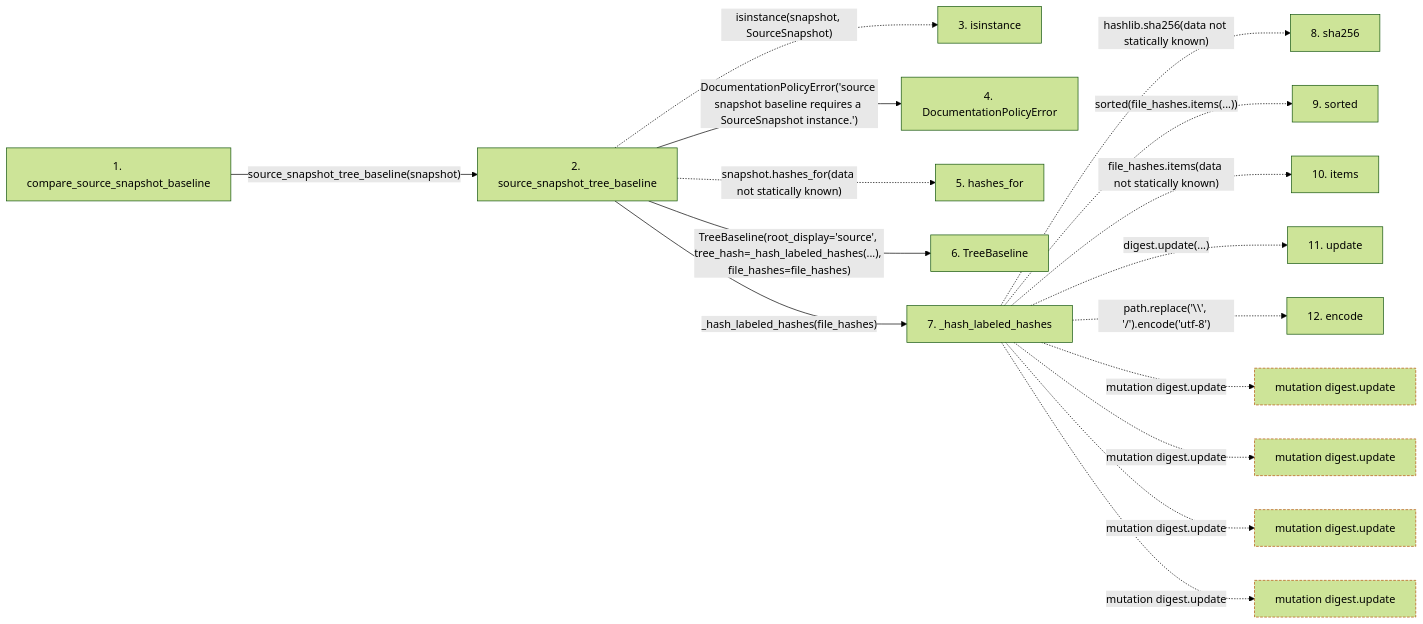
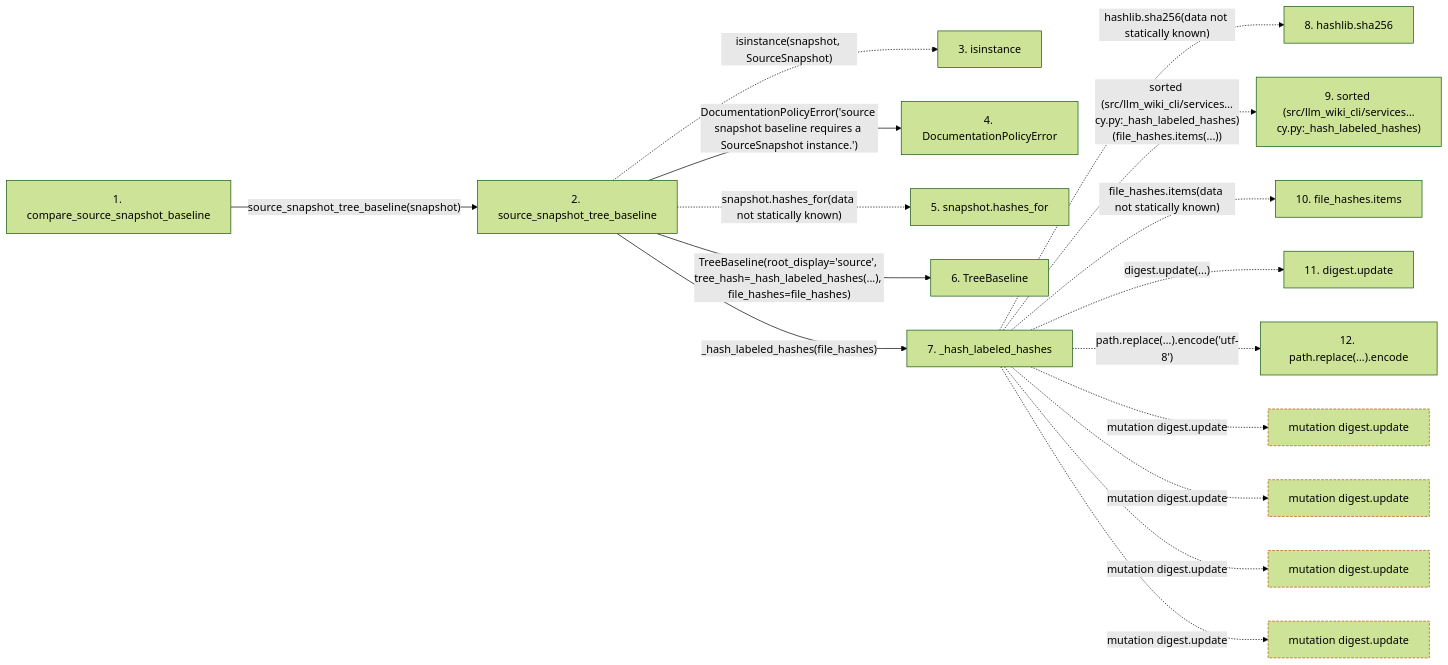
The second of 2 diagrams in docs/llm_wiki/flows/api-compare_source_snapshot_baseline.md (Denissvgn/python-wiki-llm), drawn with Mermaid (forest theme) before and after one commit. The commit also changed other lines of this file and 719 other files, not shown here.

````diff
--- a/docs/llm_wiki/flows/api-compare_source_snapshot_baseline.md
+++ b/docs/llm_wiki/flows/api-compare_source_snapshot_baseline.md
@@ -64,44 +66,44 @@
 ```mermaid
 flowchart LR
     s1["1. compare_source_snapshot_baseline"]
     s2["2. source_snapshot_tree_baseline"]
     s3["3. isinstance"]
     s4["4. DocumentationPolicyError"]
-    s5["5. hashes_for"]
+    s5["5. snapshot.hashes_for"]
     s6["6. TreeBaseline"]
     s7["7. _hash_labeled_hashes"]
-    s8["8. sha256"]
-    s9["9. sorted"]
-    s10["10. items"]
-    s11["11. update"]
-    s12["12. encode"]
+    s8["8. hashlib.sha256"]
+    s9["9. sorted (src/llm_wiki_cli/services…cy.py:_hash_labeled_hashes)"]
+    s10["10. file_hashes.items"]
+    s11["11. digest.update"]
+    s12["12. path.replace(…).encode"]
     s1 -->|"source_snapshot_tree_baseline(snapshot)"| s2
     s2 -. "isinstance(snapshot, SourceSnapshot)" .-> s3
     s2 -->|"DocumentationPolicyError('source snapshot baseline requires a SourceSnapshot instance.')"| s4
     s2 -. "snapshot.hashes_for(data not statically known)" .-> s5
     s2 -->|"TreeBaseline(root_display='source', tree_hash=_hash_labeled_hashes(...), file_hashes=file_hashes)"| s6
     s2 -->|"_hash_labeled_hashes(file_hashes)"| s7
     s7 -. "hashlib.sha256(data not statically known)" .-> s8
-    s7 -. "sorted(file_hashes.items(...))" .-> s9
+    s7 -. "sorted (src/llm_wiki_cli/services…cy.py:_hash_labeled_hashes)(file_hashes.items(...))" .-> s9
     s7 -. "file_hashes.items(data not statically known)" .-> s10
     s7 -. "digest.update(...)" .-> s11
-    s7 -. "path.replace('\\', '/').encode('utf-8')" .-> s12
+    s7 -. "path.replace(…).encode('utf-8')" .-> s12
     b0["mutation digest.update"]
     s7 -. "mutation digest.update" .-> b0
     b1["mutation digest.update"]
     s7 -. "mutation digest.update" .-> b1
     b2["mutation digest.update"]
     s7 -. "mutation digest.update" .-> b2
     b3["mutation digest.update"]
     s7 -. "mutation digest.update" .-> b3
     click s1 "../modules/documentation_policy.md"
     click s2 "../modules/documentation_policy.md"
     click s4 "../modules/documentation_policy.md"
     click s6 "../modules/documentation_policy.md"
     click s7 "../modules/documentation_policy.md"
     classDef boundary stroke:#b45309,stroke-dasharray: 4 2
     class b0 boundary
     class b1 boundary
     class b2 boundary
     class b3 boundary
 ```
````
